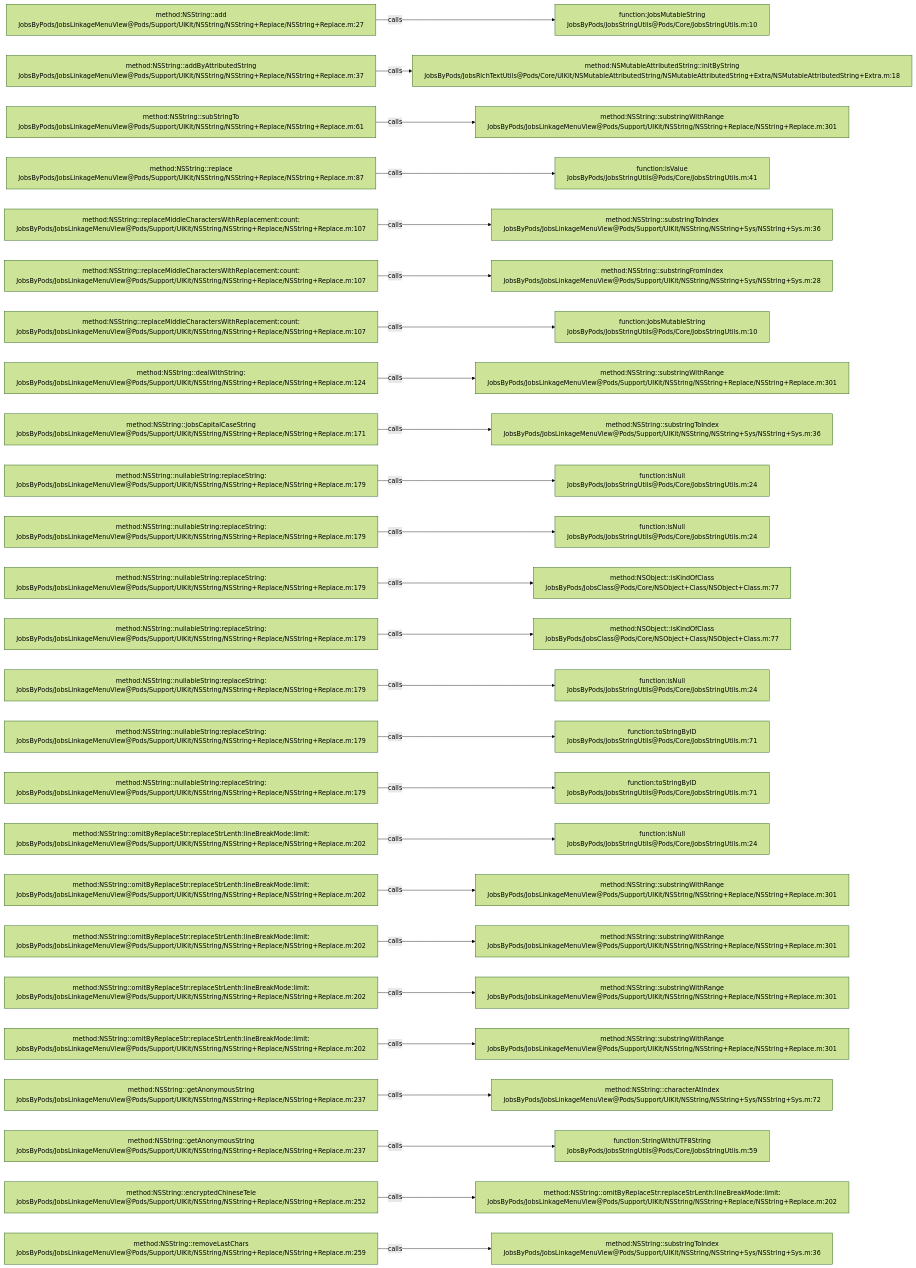
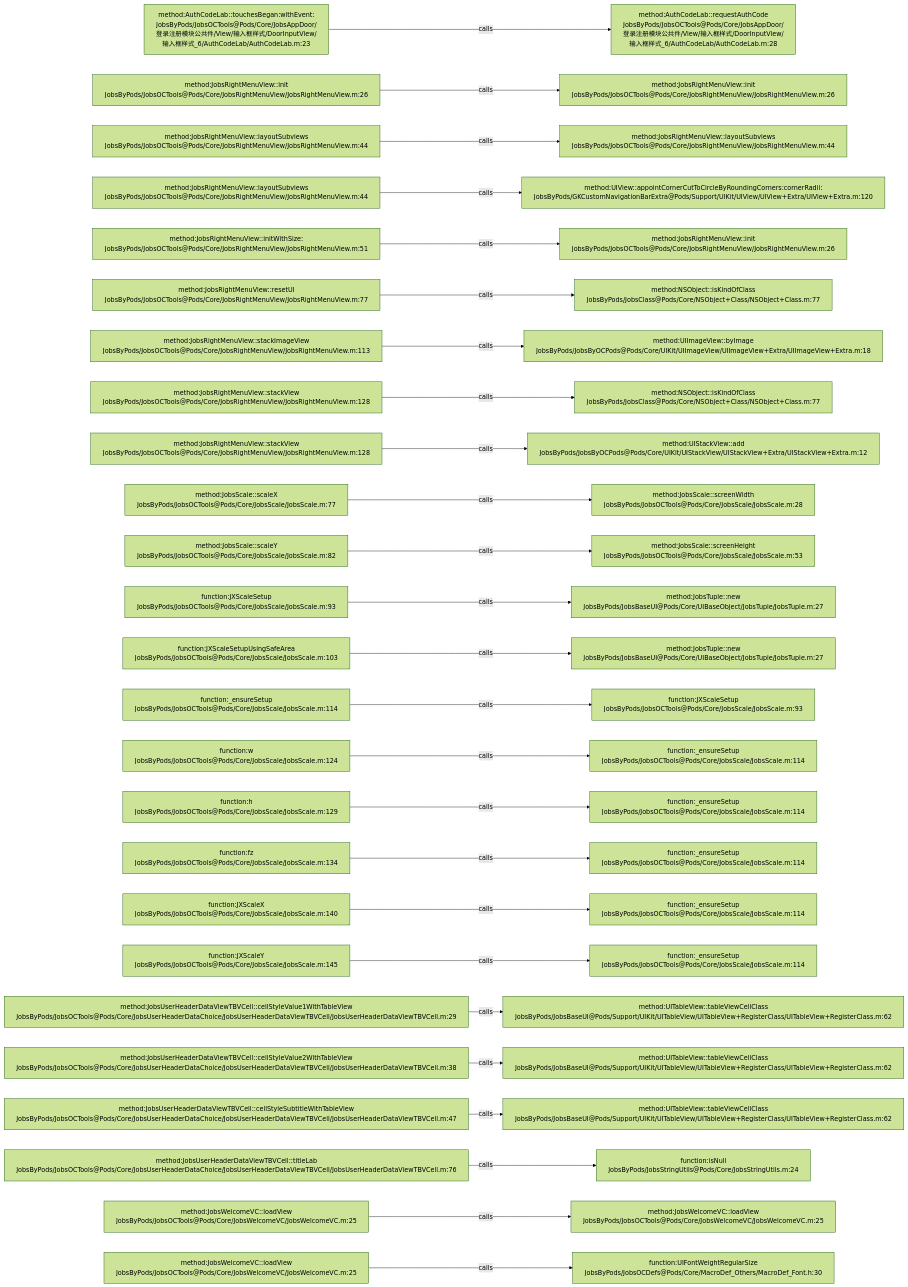
Before and after one commit to JobsKits/JobsOCBaseConfigDemo: the diagram in .codegraph/codegraph.md/graphs/calls-100.md, drawn with Mermaid (forest theme). The commit also changed 573 other files, not shown here.

````diff
--- a/.codegraph/codegraph.md/graphs/calls-100.md
+++ b/.codegraph/codegraph.md/graphs/calls-100.md
@@ -13,78 +13,78 @@
 ```mermaid
 flowchart LR
-  S1["method:NSString::add<br/>JobsByPods/JobsLinkageMenuView@Pods/Support/UIKit/NSString/NSString+Replace/NSString+Replace.m:27"]
-  T1["function:JobsMutableString<br/>JobsByPods/JobsStringUtils@Pods/Core/JobsStringUtils.m:10"]
+  S1["method:AuthCodeLab::touchesBegan:withEvent:<br/>JobsByPods/JobsOCTools@Pods/Core/JobsAppDoor/登录注册模块公共件/View/输入框样式/DoorInputView/输入框样式_6/AuthCodeLab/AuthCodeLab.m:23"]
+  T1["method:AuthCodeLab::requestAuthCode<br/>JobsByPods/JobsOCTools@Pods/Core/JobsAppDoor/登录注册模块公共件/View/输入框样式/DoorInputView/输入框样式_6/AuthCodeLab/AuthCodeLab.m:28"]
   S1 -->|calls| T1
-  S2["method:NSString::addByAttributedString<br/>JobsByPods/JobsLinkageMenuView@Pods/Support/UIKit/NSString/NSString+Replace/NSString+Replace.m:37"]
-  T2["method:NSMutableAttributedString::initByString<br/>JobsByPods/JobsRichTextUtils@Pods/Core/UIKit/NSMutableAttributedString/NSMutableAttributedString+Extra/NSMutableAttributedString+Extra.m:18"]
+  S2["method:JobsRightMenuView::init<br/>JobsByPods/JobsOCTools@Pods/Core/JobsRightMenuView/JobsRightMenuView.m:26"]
+  T2["method:JobsRightMenuView::init<br/>JobsByPods/JobsOCTools@Pods/Core/JobsRightMenuView/JobsRightMenuView.m:26"]
   S2 -->|calls| T2
-  S3["method:NSString::subStringTo<br/>JobsByPods/JobsLinkageMenuView@Pods/Support/UIKit/NSString/NSString+Replace/NSString+Replace.m:61"]
-  T3["method:NSString::substringWithRange<br/>JobsByPods/JobsLinkageMenuView@Pods/Support/UIKit/NSString/NSString+Replace/NSString+Replace.m:301"]
+  S3["method:JobsRightMenuView::layoutSubviews<br/>JobsByPods/JobsOCTools@Pods/Core/JobsRightMenuView/JobsRightMenuView.m:44"]
+  T3["method:JobsRightMenuView::layoutSubviews<br/>JobsByPods/JobsOCTools@Pods/Core/JobsRightMenuView/JobsRightMenuView.m:44"]
   S3 -->|calls| T3
-  S4["method:NSString::replace<br/>JobsByPods/JobsLinkageMenuView@Pods/Support/UIKit/NSString/NSString+Replace/NSString+Replace.m:87"]
-  T4["function:isValue<br/>JobsByPods/JobsStringUtils@Pods/Core/JobsStringUtils.m:41"]
+  S4["method:JobsRightMenuView::layoutSubviews<br/>JobsByPods/JobsOCTools@Pods/Core/JobsRightMenuView/JobsRightMenuView.m:44"]
+  T4["method:UIView::appointCornerCutToCircleByRoundingCorners:cornerRadii:<br/>JobsByPods/GKCustomNavigationBarExtra@Pods/Support/UIKit/UIView/UIView+Extra/UIView+Extra.m:120"]
   S4 -->|calls| T4
-  S5["method:NSString::replaceMiddleCharactersWithReplacement:count:<br/>JobsByPods/JobsLinkageMenuView@Pods/Support/UIKit/NSString/NSString+Replace/NSString+Replace.m:107"]
-  T5["method:NSString::substringToIndex<br/>JobsByPods/JobsLinkageMenuView@Pods/Support/UIKit/NSString/NSString+Sys/NSString+Sys.m:36"]
+  S5["method:JobsRightMenuView::initWithSize:<br/>JobsByPods/JobsOCTools@Pods/Core/JobsRightMenuView/JobsRightMenuView.m:51"]
+  T5["method:JobsRightMenuView::init<br/>JobsByPods/JobsOCTools@Pods/Core/JobsRightMenuView/JobsRightMenuView.m:26"]
   S5 -->|calls| T5
-  S6["method:NSString::replaceMiddleCharactersWithReplacement:count:<br/>JobsByPods/JobsLinkageMenuView@Pods/Support/UIKit/NSString/NSString+Replace/NSString+Replace.m:107"]
-  T6["method:NSString::substringFromIndex<br/>JobsByPods/JobsLinkageMenuView@Pods/Support/UIKit/NSString/NSString+Sys/NSString+Sys.m:28"]
+  S6["method:JobsRightMenuView::resetUI<br/>JobsByPods/JobsOCTools@Pods/Core/JobsRightMenuView/JobsRightMenuView.m:77"]
+  T6["method:NSObject::isKindOfClass<br/>JobsByPods/JobsClass@Pods/Core/NSObject+Class/NSObject+Class.m:77"]
   S6 -->|calls| T6
-  S7["method:NSString::replaceMiddleCharactersWithReplacement:count:<br/>JobsByPods/JobsLinkageMenuView@Pods/Support/UIKit/NSString/NSString+Replace/NSString+Replace.m:107"]
-  T7["function:JobsMutableString<br/>JobsByPods/JobsStringUtils@Pods/Core/JobsStringUtils.m:10"]
+  S7["method:JobsRightMenuView::stackImageView<br/>JobsByPods/JobsOCTools@Pods/Core/JobsRightMenuView/JobsRightMenuView.m:113"]
+  T7["method:UIImageView::byImage<br/>JobsByPods/JobsByOCPods@Pods/Core/UIKit/UIImageView/UIImageView+Extra/UIImageView+Extra.m:18"]
   S7 -->|calls| T7
-  S8["method:NSString::dealWithString:<br/>JobsByPods/JobsLinkageMenuView@Pods/Support/UIKit/NSString/NSString+Replace/NSString+Replace.m:124"]
-  T8["method:NSString::substringWithRange<br/>JobsByPods/JobsLinkageMenuView@Pods/Support/UIKit/NSString/NSString+Replace/NSString+Replace.m:301"]
+  S8["method:JobsRightMenuView::stackView<br/>JobsByPods/JobsOCTools@Pods/Core/JobsRightMenuView/JobsRightMenuView.m:128"]
+  T8["method:NSObject::isKindOfClass<br/>JobsByPods/JobsClass@Pods/Core/NSObject+Class/NSObject+Class.m:77"]
   S8 -->|calls| T8
-  S9["method:NSString::jobsCapitalCaseString<br/>JobsByPods/JobsLinkageMenuView@Pods/Support/UIKit/NSString/NSString+Replace/NSString+Replace.m:171"]
-  T9["method:NSString::substringToIndex<br/>JobsByPods/JobsLinkageMenuView@Pods/Support/UIKit/NSString/NSString+Sys/NSString+Sys.m:36"]
+  S9["method:JobsRightMenuView::stackView<br/>JobsByPods/JobsOCTools@Pods/Core/JobsRightMenuView/JobsRightMenuView.m:128"]
+  T9["method:UIStackView::add<br/>JobsByPods/JobsByOCPods@Pods/Core/UIKit/UIStackView/UIStackView+Extra/UIStackView+Extra.m:12"]
   S9 -->|calls| T9
-  S10["method:NSString::nullableString:replaceString:<br/>JobsByPods/JobsLinkageMenuView@Pods/Support/UIKit/NSString/NSString+Replace/NSString+Replace.m:179"]
-  T10["function:isNull<br/>JobsByPods/JobsStringUtils@Pods/Core/JobsStringUtils.m:24"]
+  S10["method:JobsScale::scaleX<br/>JobsByPods/JobsOCTools@Pods/Core/JobsScale/JobsScale.m:77"]
+  T10["method:JobsScale::screenWidth<br/>JobsByPods/JobsOCTools@Pods/Core/JobsScale/JobsScale.m:28"]
   S10 -->|calls| T10
-  S11["method:NSString::nullableString:replaceString:<br/>JobsByPods/JobsLinkageMenuView@Pods/Support/UIKit/NSString/NSString+Replace/NSString+Replace.m:179"]
-  T11["function:isNull<br/>JobsByPods/JobsStringUtils@Pods/Core/JobsStringUtils.m:24"]
+  S11["method:JobsScale::scaleY<br/>JobsByPods/JobsOCTools@Pods/Core/JobsScale/JobsScale.m:82"]
+  T11["method:JobsScale::screenHeight<br/>JobsByPods/JobsOCTools@Pods/Core/JobsScale/JobsScale.m:53"]
   S11 -->|calls| T11
-  S12["method:NSString::nullableString:replaceString:<br/>JobsByPods/JobsLinkageMenuView@Pods/Support/UIKit/NSString/NSString+Replace/NSString+Replace.m:179"]
-  T12["method:NSObject::isKindOfClass<br/>JobsByPods/JobsClass@Pods/Core/NSObject+Class/NSObject+Class.m:77"]
+  S12["function:JXScaleSetup<br/>JobsByPods/JobsOCTools@Pods/Core/JobsScale/JobsScale.m:93"]
+  T12["method:JobsTuple::new<br/>JobsByPods/JobsBaseUI@Pods/Core/UIBaseObject/JobsTuple/JobsTuple.m:27"]
   S12 -->|calls| T12
-  S13["method:NSString::nullableString:replaceString:<br/>JobsByPods/JobsLinkageMenuView@Pods/Support/UIKit/NSString/NSString+Replace/NSString+Replace.m:179"]
-  T13["method:NSObject::isKindOfClass<br/>JobsByPods/JobsClass@Pods/Core/NSObject+Class/NSObject+Class.m:77"]
+  S13["function:JXScaleSetupUsingSafeArea<br/>JobsByPods/JobsOCTools@Pods/Core/JobsScale/JobsScale.m:103"]
+  T13["method:JobsTuple::new<br/>JobsByPods/JobsBaseUI@Pods/Core/UIBaseObject/JobsTuple/JobsTuple.m:27"]
   S13 -->|calls| T13
-  S14["method:NSString::nullableString:replaceString:<br/>JobsByPods/JobsLinkageMenuView@Pods/Support/UIKit/NSString/NSString+Replace/NSString+Replace.m:179"]
-  T14["function:isNull<br/>JobsByPods/JobsStringUtils@Pods/Core/JobsStringUtils.m:24"]
+  S14["function:_ensureSetup<br/>JobsByPods/JobsOCTools@Pods/Core/JobsScale/JobsScale.m:114"]
+  T14["function:JXScaleSetup<br/>JobsByPods/JobsOCTools@Pods/Core/JobsScale/JobsScale.m:93"]
   S14 -->|calls| T14
-  S15["method:NSString::nullableString:replaceString:<br/>JobsByPods/JobsLinkageMenuView@Pods/Support/UIKit/NSString/NSString+Replace/NSString+Replace.m:179"]
-  T15["function:toStringByID<br/>JobsByPods/JobsStringUtils@Pods/Core/JobsStringUtils.m:71"]
+  S15["function:w<br/>JobsByPods/JobsOCTools@Pods/Core/JobsScale/JobsScale.m:124"]
+  T15["function:_ensureSetup<br/>JobsByPods/JobsOCTools@Pods/Core/JobsScale/JobsScale.m:114"]
   S15 -->|calls| T15
-  S16["method:NSString::nullableString:replaceString:<br/>JobsByPods/JobsLinkageMenuView@Pods/Support/UIKit/NSString/NSString+Replace/NSString+Replace.m:179"]
-  T16["function:toStringByID<br/>JobsByPods/JobsStringUtils@Pods/Core/JobsStringUtils.m:71"]
+  S16["function:h<br/>JobsByPods/JobsOCTools@Pods/Core/JobsScale/JobsScale.m:129"]
+  T16["function:_ensureSetup<br/>JobsByPods/JobsOCTools@Pods/Core/JobsScale/JobsScale.m:114"]
   S16 -->|calls| T16
-  S17["method:NSString::omitByReplaceStr:replaceStrLenth:lineBreakMode:limit:<br/>JobsByPods/JobsLinkageMenuView@Pods/Support/UIKit/NSString/NSString+Replace/NSString+Replace.m:202"]
-  T17["function:isNull<br/>JobsByPods/JobsStringUtils@Pods/Core/JobsStringUtils.m:24"]
+  S17["function:fz<br/>JobsByPods/JobsOCTools@Pods/Core/JobsScale/JobsScale.m:134"]
+  T17["function:_ensureSetup<br/>JobsByPods/JobsOCTools@Pods/Core/JobsScale/JobsScale.m:114"]
   S17 -->|calls| T17
-  S18["method:NSString::omitByReplaceStr:replaceStrLenth:lineBreakMode:limit:<br/>JobsByPods/JobsLinkageMenuView@Pods/Support/UIKit/NSString/NSString+Replace/NSString+Replace.m:202"]
-  T18["method:NSString::substringWithRange<br/>JobsByPods/JobsLinkageMenuView@Pods/Support/UIKit/NSString/NSString+Replace/NSString+Replace.m:301"]
+  S18["function:JXScaleX<br/>JobsByPods/JobsOCTools@Pods/Core/JobsScale/JobsScale.m:140"]
+  T18["function:_ensureSetup<br/>JobsByPods/JobsOCTools@Pods/Core/JobsScale/JobsScale.m:114"]
   S18 -->|calls| T18
-  S19["method:NSString::omitByReplaceStr:replaceStrLenth:lineBreakMode:limit:<br/>JobsByPods/JobsLinkageMenuView@Pods/Support/UIKit/NSString/NSString+Replace/NSString+Replace.m:202"]
-  T19["method:NSString::substringWithRange<br/>JobsByPods/JobsLinkageMenuView@Pods/Support/UIKit/NSString/NSString+Replace/NSString+Replace.m:301"]
+  S19["function:JXScaleY<br/>JobsByPods/JobsOCTools@Pods/Core/JobsScale/JobsScale.m:145"]
+  T19["function:_ensureSetup<br/>JobsByPods/JobsOCTools@Pods/Core/JobsScale/JobsScale.m:114"]
   S19 -->|calls| T19
-  S20["method:NSString::omitByReplaceStr:replaceStrLenth:lineBreakMode:limit:<br/>JobsByPods/JobsLinkageMenuView@Pods/Support/UIKit/NSString/NSString+Replace/NSString+Replace.m:202"]
-  T20["method:NSString::substringWithRange<br/>JobsByPods/JobsLinkageMenuView@Pods/Support/UIKit/NSString/NSString+Replace/NSString+Replace.m:301"]
+  S20["method:JobsUserHeaderDataViewTBVCell::cellStyleValue1WithTableView<br/>JobsByPods/JobsOCTools@Pods/Core/JobsUserHeaderDataChoice/JobsUserHeaderDataViewTBVCell/JobsUserHeaderDataViewTBVCell.m:29"]
+  T20["method:UITableView::tableViewCellClass<br/>JobsByPods/JobsBaseUI@Pods/Support/UIKit/UITableView/UITableView+RegisterClass/UITableView+RegisterClass.m:62"]
   S20 -->|calls| T20
-  S21["method:NSString::omitByReplaceStr:replaceStrLenth:lineBreakMode:limit:<br/>JobsByPods/JobsLinkageMenuView@Pods/Support/UIKit/NSString/NSString+Replace/NSString+Replace.m:202"]
-  T21["method:NSString::substringWithRange<br/>JobsByPods/JobsLinkageMenuView@Pods/Support/UIKit/NSString/NSString+Replace/NSString+Replace.m:301"]
+  S21["method:JobsUserHeaderDataViewTBVCell::cellStyleValue2WithTableView<br/>JobsByPods/JobsOCTools@Pods/Core/JobsUserHeaderDataChoice/JobsUserHeaderDataViewTBVCell/JobsUserHeaderDataViewTBVCell.m:38"]
+  T21["method:UITableView::tableViewCellClass<br/>JobsByPods/JobsBaseUI@Pods/Support/UIKit/UITableView/UITableView+RegisterClass/UITableView+RegisterClass.m:62"]
   S21 -->|calls| T21
-  S22["method:NSString::getAnonymousString<br/>JobsByPods/JobsLinkageMenuView@Pods/Support/UIKit/NSString/NSString+Replace/NSString+Replace.m:237"]
-  T22["method:NSString::characterAtIndex<br/>JobsByPods/JobsLinkageMenuView@Pods/Support/UIKit/NSString/NSString+Sys/NSString+Sys.m:72"]
+  S22["method:JobsUserHeaderDataViewTBVCell::cellStyleSubtitleWithTableView<br/>JobsByPods/JobsOCTools@Pods/Core/JobsUserHeaderDataChoice/JobsUserHeaderDataViewTBVCell/JobsUserHeaderDataViewTBVCell.m:47"]
+  T22["method:UITableView::tableViewCellClass<br/>JobsByPods/JobsBaseUI@Pods/Support/UIKit/UITableView/UITableView+RegisterClass/UITableView+RegisterClass.m:62"]
   S22 -->|calls| T22
-  S23["method:NSString::getAnonymousString<br/>JobsByPods/JobsLinkageMenuView@Pods/Support/UIKit/NSString/NSString+Replace/NSString+Replace.m:237"]
-  T23["function:StringWithUTF8String<br/>JobsByPods/JobsStringUtils@Pods/Core/JobsStringUtils.m:59"]
+  S23["method:JobsUserHeaderDataViewTBVCell::titleLab<br/>JobsByPods/JobsOCTools@Pods/Core/JobsUserHeaderDataChoice/JobsUserHeaderDataViewTBVCell/JobsUserHeaderDataViewTBVCell.m:76"]
+  T23["function:isNull<br/>JobsByPods/JobsStringUtils@Pods/Core/JobsStringUtils.m:24"]
   S23 -->|calls| T23
-  S24["method:NSString::encryptedChineseTele<br/>JobsByPods/JobsLinkageMenuView@Pods/Support/UIKit/NSString/NSString+Replace/NSString+Replace.m:252"]
-  T24["method:NSString::omitByReplaceStr:replaceStrLenth:lineBreakMode:limit:<br/>JobsByPods/JobsLinkageMenuView@Pods/Support/UIKit/NSString/NSString+Replace/NSString+Replace.m:202"]
+  S24["method:JobsWelcomeVC::loadView<br/>JobsByPods/JobsOCTools@Pods/Core/JobsWelcomeVC/JobsWelcomeVC.m:25"]
+  T24["method:JobsWelcomeVC::loadView<br/>JobsByPods/JobsOCTools@Pods/Core/JobsWelcomeVC/JobsWelcomeVC.m:25"]
   S24 -->|calls| T24
-  S25["method:NSString::removeLastChars<br/>JobsByPods/JobsLinkageMenuView@Pods/Support/UIKit/NSString/NSString+Replace/NSString+Replace.m:259"]
-  T25["method:NSString::substringToIndex<br/>JobsByPods/JobsLinkageMenuView@Pods/Support/UIKit/NSString/NSString+Sys/NSString+Sys.m:36"]
+  S25["method:JobsWelcomeVC::loadView<br/>JobsByPods/JobsOCTools@Pods/Core/JobsWelcomeVC/JobsWelcomeVC.m:25"]
+  T25["function:UIFontWeightRegularSize<br/>JobsByPods/JobsOCDefs@Pods/Core/MacroDef_Others/MacroDef_Font.h:30"]
   S25 -->|calls| T25
 ```
````
